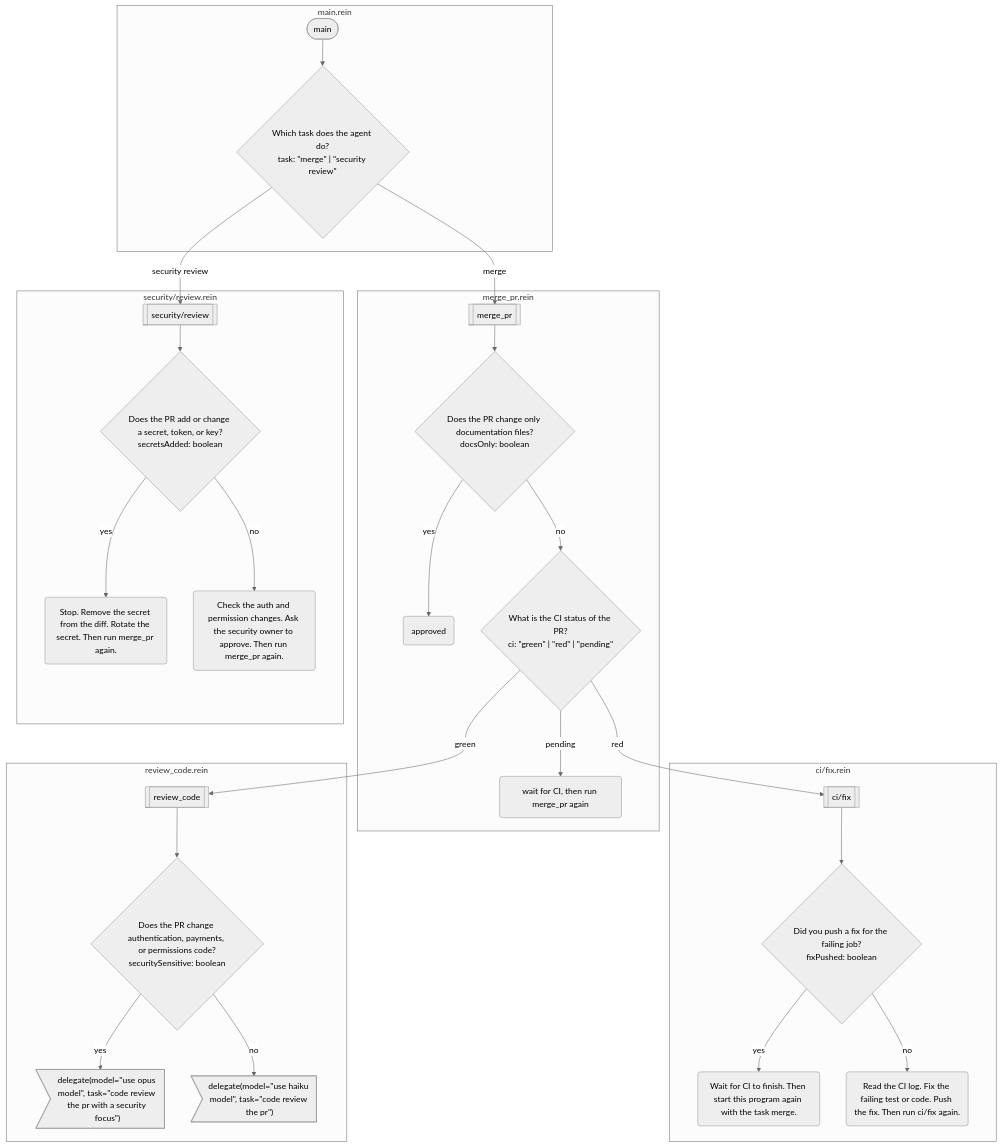
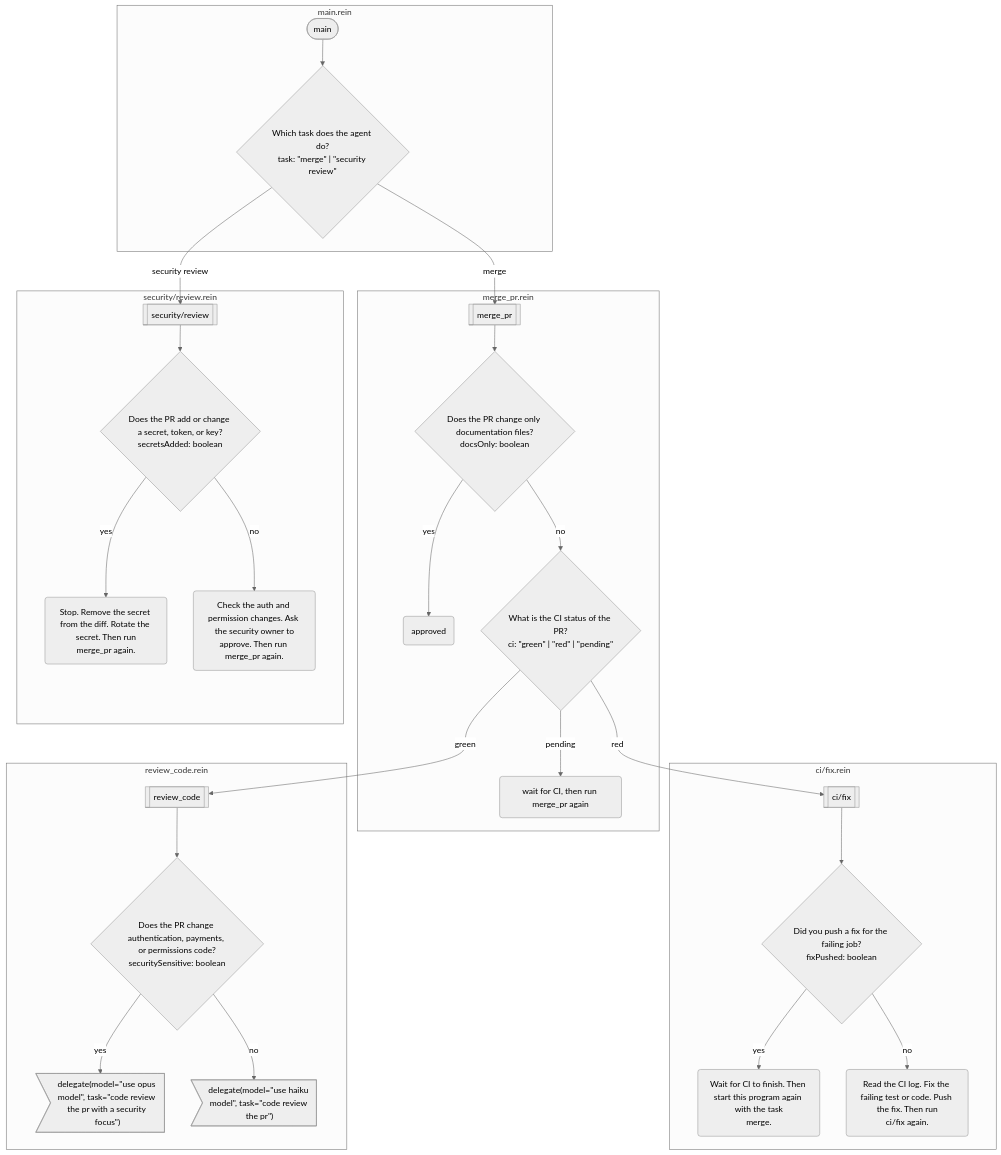
The diagram in docs/examples/merge-pr.md (rein-lang/rein-lang.com), drawn with Mermaid (neutral theme) before and after one commit. The commit also changed 3 other files, not shown here.

````diff
--- a/docs/examples/merge-pr.md
+++ b/docs/examples/merge-pr.md
@@ -11,50 +11,50 @@
 ```mermaid
 flowchart TD
     subgraph s0 ["ci/fix.rein"]
         f0[["ci/fix"]]
         f0_0{"Did you push a fix for the failing job?<br/>fixPushed: boolean"}
-        f0_1("Wait for CI to finish. Then start this program again with the task merge.")
-        f0_2("Read the CI log. Fix the failing test or code. Push the fix. Then run ci/fix again.")
+        f0_1("Wait for CI to finish. Then start this program again with the task<br/>merge.")
+        f0_2("Read the CI log. Fix the failing test or code. Push the fix. Then run<br/>ci/fix again.")
     end
     subgraph s1 ["main.rein"]
         f1(["main"])
         f1_0{"Which task does the agent do?<br/>task: #quot;merge#quot; | #quot;security review#quot;"}
     end
     subgraph s2 ["merge_pr.rein"]
         f2[["merge_pr"]]
         f2_0{"Does the PR change only documentation files?<br/>docsOnly: boolean"}
         f2_1("approved")
         f2_2{"What is the CI status of the PR?<br/>ci: #quot;green#quot; | #quot;red#quot; | #quot;pending#quot;"}
         f2_3("wait for CI, then run merge_pr again")
     end
     subgraph s3 ["review_code.rein"]
         f3[["review_code"]]
         f3_0{"Does the PR change authentication, payments, or permissions code?<br/>securitySensitive: boolean"}
         f3_1>"delegate(model=#quot;use opus model#quot;, task=#quot;code review the pr with a security focus#quot;)"]
         f3_2>"delegate(model=#quot;use haiku model#quot;, task=#quot;code review the pr#quot;)"]
     end
     subgraph s4 ["security/review.rein"]
         f4[["security/review"]]
         f4_0{"Does the PR add or change a secret, token, or key?<br/>secretsAdded: boolean"}
-        f4_1("Stop. Remove the secret from the diff. Rotate the secret. Then run merge_pr again.")
-        f4_2("Check the auth and permission changes. Ask the security owner to approve. Then run merge_pr again.")
+        f4_1("Stop. Remove the secret from the diff. Rotate the secret. Then run<br/>merge_pr again.")
+        f4_2("Check the auth and permission changes. Ask the security owner to<br/>approve. Then run merge_pr again.")
     end
     f0 --> f0_0
     f0_0 -->|"yes"| f0_1
     f0_0 -->|"no"| f0_2
     f1 --> f1_0
     f1_0 -->|"merge"| f2
     f1_0 -->|"security review"| f4
     f2 --> f2_0
     f2_0 -->|"yes"| f2_1
     f2_0 -->|"no"| f2_2
     f2_2 -->|"green"| f3
     f2_2 -->|"red"| f0
     f2_2 -->|"pending"| f2_3
     f3 --> f3_0
     f3_0 -->|"yes"| f3_1
     f3_0 -->|"no"| f3_2
     f4 --> f4_0
     f4_0 -->|"yes"| f4_1
     f4_0 -->|"no"| f4_2
 ```
````
